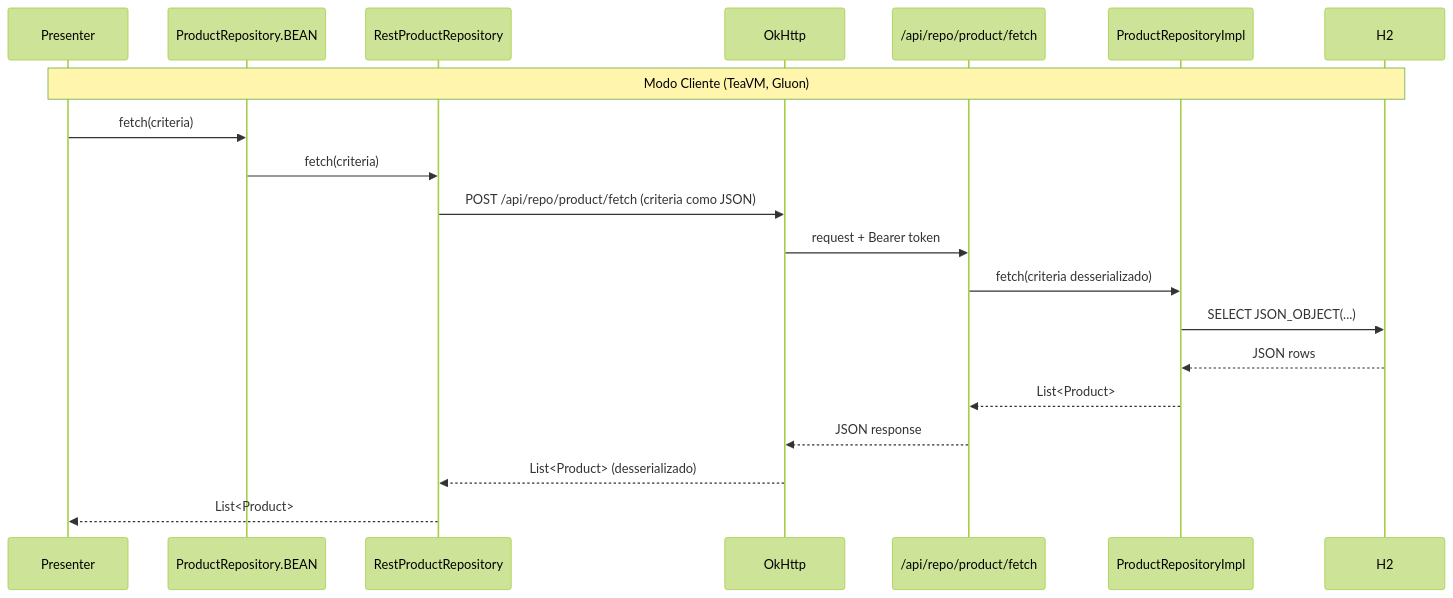
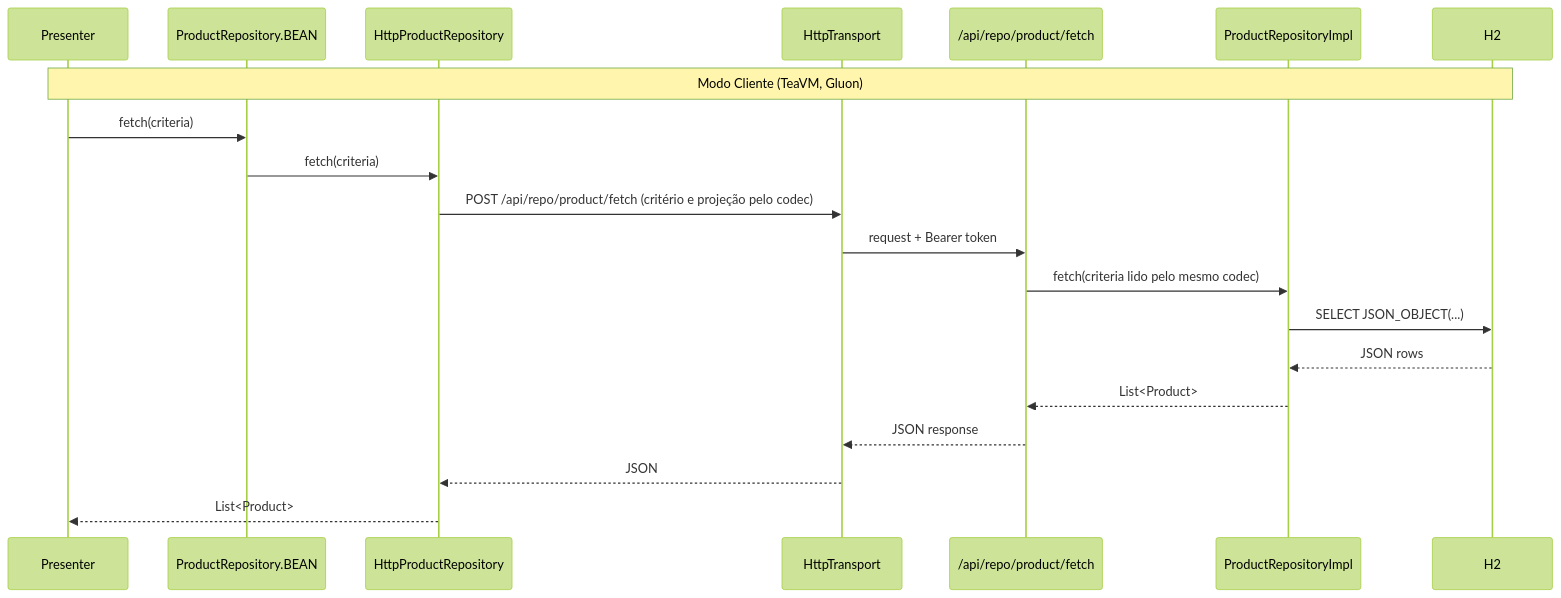
The fifth of 5 diagrams in docs/camada-de-dados.md (mrcdom/wdc-cube-java-v2), drawn with Mermaid (forest theme) before and after one commit. The commit also changed other lines of this file, not shown here.

````diff
--- a/docs/camada-de-dados.md
+++ b/docs/camada-de-dados.md
@@ -661,23 +686,23 @@
 ```mermaid
 sequenceDiagram
     participant Presenter
     participant BEAN as ProductRepository.BEAN
-    participant Rest as RestProductRepository
-    participant HTTP as OkHttp
+    participant Http as HttpProductRepository
+    participant Transport as HttpTransport
     participant API as /api/repo/product/fetch
     participant Impl as ProductRepositoryImpl
     participant DB as H2
 
     note over Presenter,DB: Modo Cliente (TeaVM, Gluon)
     Presenter->>BEAN: fetch(criteria)
-    BEAN->>Rest: fetch(criteria)
-    Rest->>HTTP: POST /api/repo/product/fetch (criteria como JSON)
-    HTTP->>API: request + Bearer token
-    API->>Impl: fetch(criteria desserializado)
+    BEAN->>Http: fetch(criteria)
+    Http->>Transport: POST /api/repo/product/fetch (critério e projeção pelo codec)
+    Transport->>API: request + Bearer token
+    API->>Impl: fetch(criteria lido pelo mesmo codec)
     Impl->>DB: SELECT JSON_OBJECT(...)
     DB-->>Impl: JSON rows
     Impl-->>API: List<Product>
-    API-->>HTTP: JSON response
-    HTTP-->>Rest: List<Product> (desserializado)
-    Rest-->>Presenter: List<Product>
+    API-->>Transport: JSON response
+    Transport-->>Http: JSON
+    Http-->>Presenter: List<Product>
 ```
````
